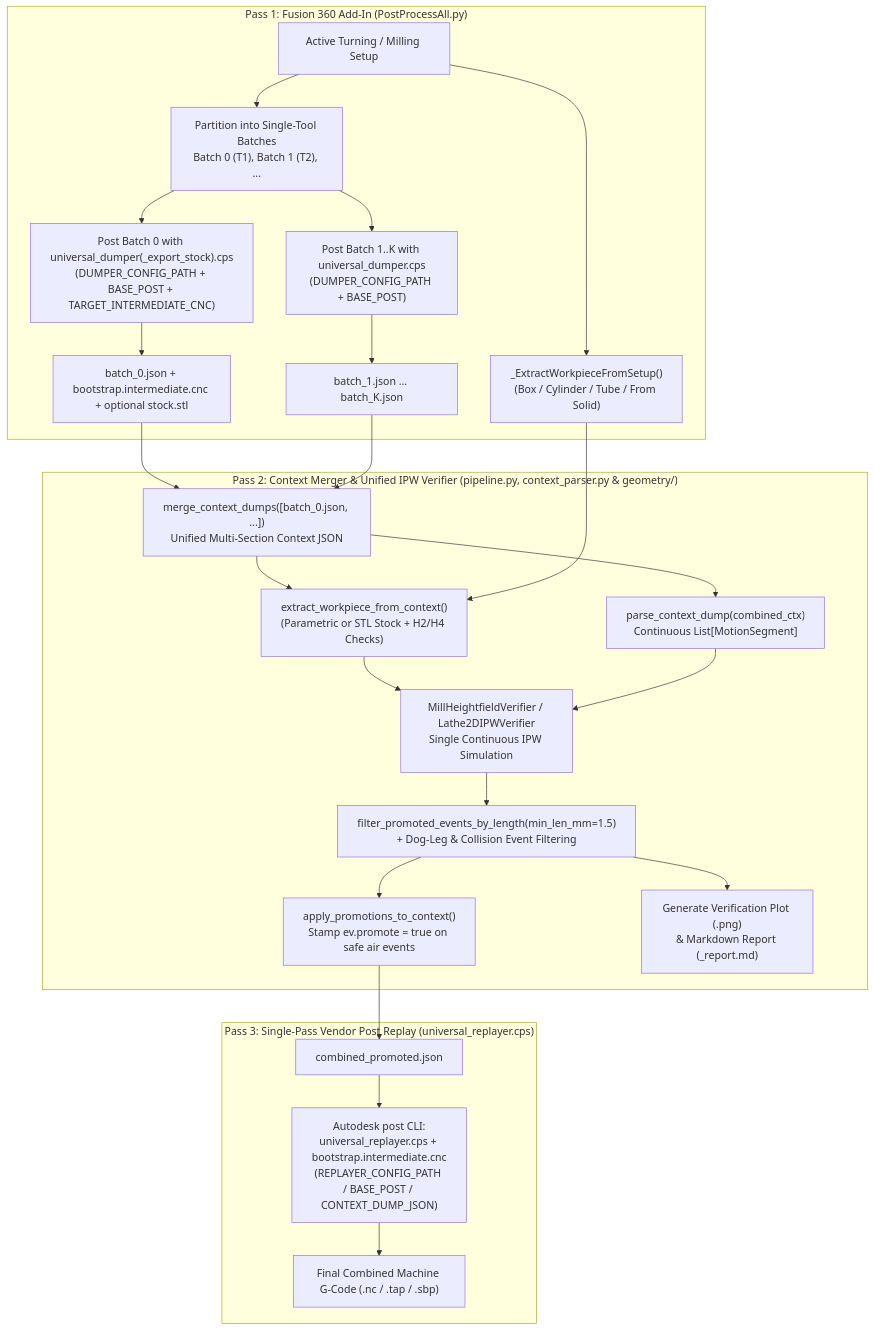
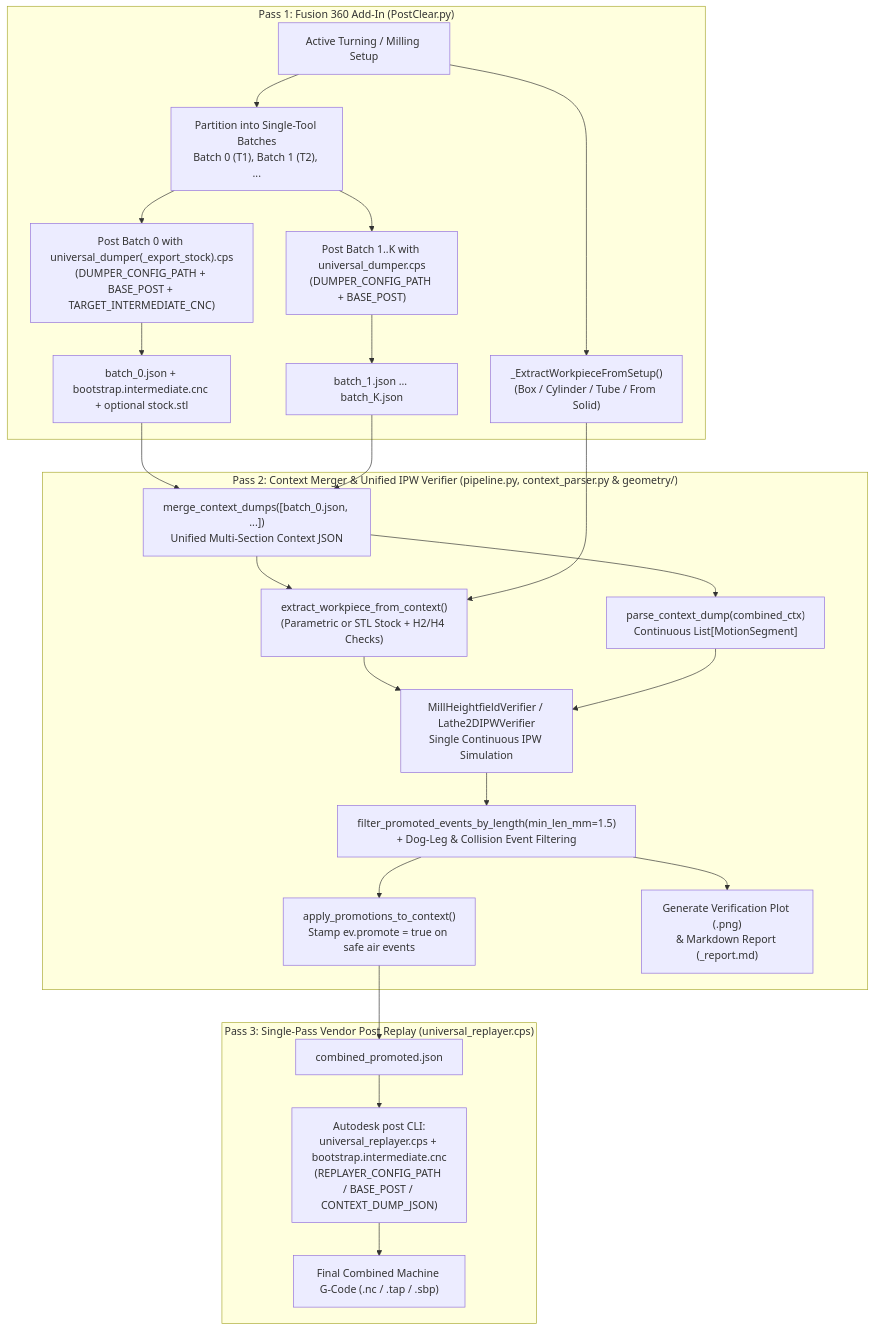
The diagram in docs/architecture_and_interfaces.md (vfurman-gh/PostClear), drawn with Mermaid before and after one commit. The commit also changed other lines of this file and 17 other files, not shown here.

First line of the commit message:
Rename add-in to PostClear, add optional debug logging, and polish README

````diff
--- a/docs/architecture_and_interfaces.md
+++ b/docs/architecture_and_interfaces.md
@@ -40,29 +40,29 @@
 ```mermaid
 flowchart TD
-    subgraph Fusion["Pass 1: Fusion 360 Add-In (PostProcessAll.py)"]
+    subgraph Fusion["Pass 1: Fusion 360 Add-In (PostClear.py)"]
         Setup["Active Turning / Milling Setup"] --> ExtractModel["_ExtractWorkpieceFromSetup()\n(Box / Cylinder / Tube / From Solid)"]
         Setup --> Partition["Partition into Single-Tool Batches\nBatch 0 (T1), Batch 1 (T2), ..."]
         Partition --> Dump0["Post Batch 0 with universal_dumper(_export_stock).cps\n(DUMPER_CONFIG_PATH + BASE_POST + TARGET_INTERMEDIATE_CNC)"]
         Partition --> Dump1["Post Batch 1..K with universal_dumper.cps\n(DUMPER_CONFIG_PATH + BASE_POST)"]
         Dump0 --> JSON0["batch_0.json + bootstrap.intermediate.cnc + optional stock.stl"]
         Dump1 --> JSON1["batch_1.json ... batch_K.json"]
     end
 
     subgraph Python["Pass 2: Context Merger & Unified IPW Verifier (pipeline.py, context_parser.py & geometry/)"]
         JSON0 & JSON1 --> Merger["merge_context_dumps([batch_0.json, ...])\nUnified Multi-Section Context JSON"]
         Merger --> Parser["parse_context_dump(combined_ctx)\nContinuous List[MotionSegment]"]
         Merger --> ExtractWP["extract_workpiece_from_context()\n(Parametric or STL Stock + H2/H4 Checks)"]
         ExtractModel --> ExtractWP
         ExtractWP --> Verifier["MillHeightfieldVerifier / Lathe2DIPWVerifier\nSingle Continuous IPW Simulation"]
         Parser --> Verifier
         Verifier --> FilterLen["filter_promoted_events_by_length(min_len_mm=1.5)\n+ Dog-Leg & Collision Event Filtering"]
         FilterLen --> Promote["apply_promotions_to_context()\nStamp ev.promote = true on safe air events"]
         FilterLen --> Artifacts["Generate Verification Plot (.png)\n& Markdown Report (_report.md)"]
     end
 
     subgraph Replay["Pass 3: Single-Pass Vendor Post Replay (universal_replayer.cps)"]
         Promote --> PromotedJSON["combined_promoted.json"]
         PromotedJSON --> Replayer["Autodesk post CLI:\nuniversal_replayer.cps + bootstrap.intermediate.cnc\n(REPLAYER_CONFIG_PATH / BASE_POST / CONTEXT_DUMP_JSON)"]
         Replayer --> FinalNC["Final Combined Machine G-Code (.nc / .tap / .sbp)"]
     end
 ```
````
